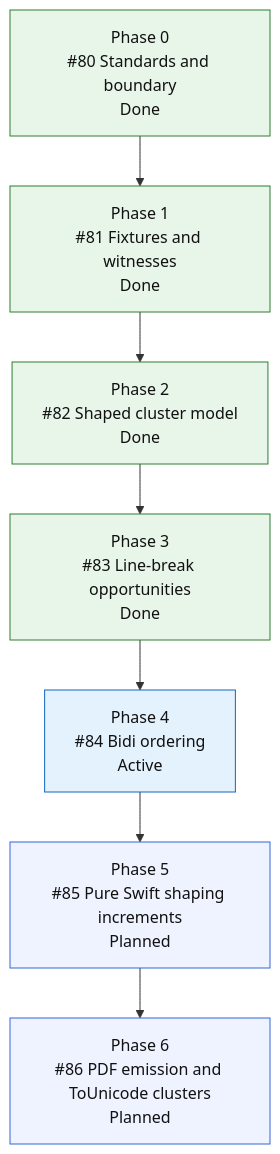
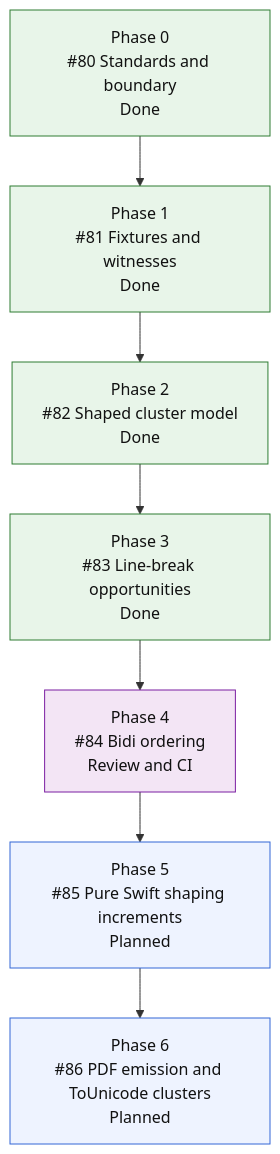
Before and after one commit to mihaelamj/MarkdownPDF: the fourth of 4 diagrams in README.md, drawn with Mermaid. The commit also changed 1 other file, not shown here.

Commit message:
docs(roadmap): mark bidi issue in review

````diff
--- a/README.md
+++ b/README.md
@@ -300,21 +300,21 @@
 ```mermaid
 flowchart TD
     S0["Phase 0<br/>#80 Standards and boundary<br/>Done"]
     S1["Phase 1<br/>#81 Fixtures and witnesses<br/>Done"]
     S2["Phase 2<br/>#82 Shaped cluster model<br/>Done"]
     S3["Phase 3<br/>#83 Line-break opportunities<br/>Done"]
-    S4["Phase 4<br/>#84 Bidi ordering<br/>Active"]
+    S4["Phase 4<br/>#84 Bidi ordering<br/>Review and CI"]
     S5["Phase 5<br/>#85 Pure Swift shaping increments<br/>Planned"]
     S6["Phase 6<br/>#86 PDF emission and ToUnicode clusters<br/>Planned"]
 
     S0 --> S1 --> S2 --> S3 --> S4 --> S5 --> S6
 
     classDef done fill:#e8f5e9,stroke:#2e7d32,color:#111;
     classDef active fill:#e3f2fd,stroke:#1565c0,color:#111;
     classDef review fill:#f3e5f5,stroke:#7b1fa2,color:#111;
     classDef next fill:#fff8e1,stroke:#f9a825,color:#111;
     classDef todo fill:#eef3ff,stroke:#3367d6,color:#111;
     class S0,S1,S2,S3 done;
-    class S4 active;
+    class S4 review;
     class S5,S6 todo;
 ```
````
